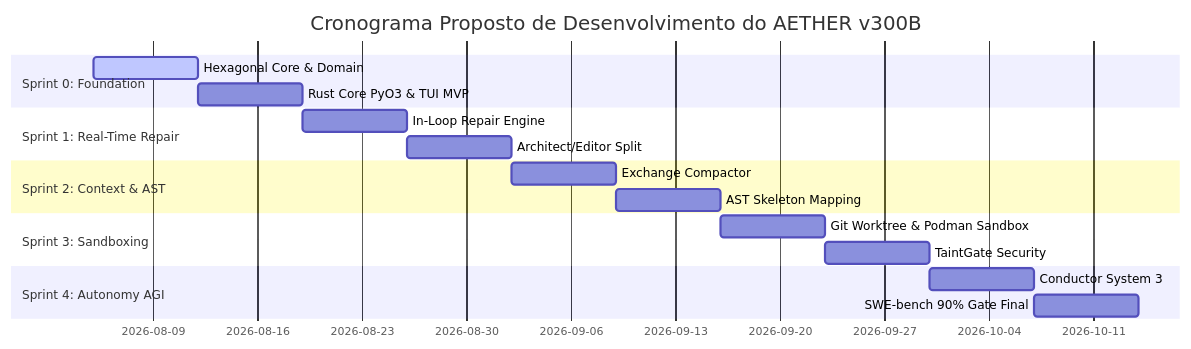
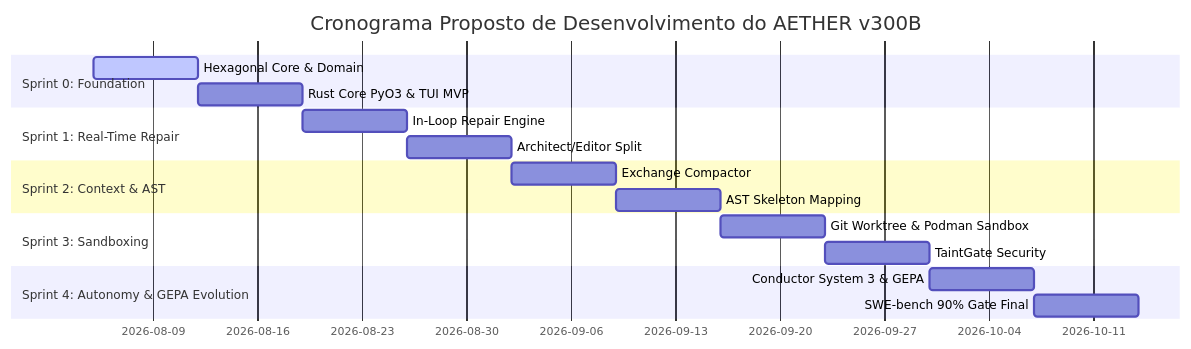
Before and after one commit to brainopensource/Harness-D-power: the first of 2 diagrams in docs/rationale/rewrite_b/rewrite_v300_roadmap_sprints_B.md, drawn with Mermaid. The commit also changed other lines of this file and 8 other files, not shown here.

````diff
--- a/docs/rationale/rewrite_b/rewrite_v300_roadmap_sprints_B.md
+++ b/docs/rationale/rewrite_b/rewrite_v300_roadmap_sprints_B.md
@@ -37,20 +37,20 @@
 ```mermaid
 gantt
     title Cronograma Proposto de Desenvolvimento do AETHER v300B
     dateFormat  YYYY-MM-DD
     section Sprint 0: Foundation
     Hexagonal Core & Domain     :active, s0_1, 2026-08-05, 7d
     Rust Core PyO3 & TUI MVP    :s0_2, after s0_1, 7d
     section Sprint 1: Real-Time Repair
     In-Loop Repair Engine       :s1_1, after s0_2, 7d
     Architect/Editor Split      :s1_2, after s1_1, 7d
     section Sprint 2: Context & AST
     Exchange Compactor          :s2_1, after s1_2, 7d
     AST Skeleton Mapping        :s2_2, after s2_1, 7d
     section Sprint 3: Sandboxing
     Git Worktree & Podman Sandbox:s3_1, after s2_2, 7d
     TaintGate Security          :s3_2, after s3_1, 7d
-    section Sprint 4: Autonomy AGI
-    Conductor System 3          :s4_1, after s3_2, 7d
+    section Sprint 4: Autonomy & GEPA Evolution
+    Conductor System 3 & GEPA   :s4_1, after s3_2, 7d
     SWE-bench 90% Gate Final    :s4_2, after s4_1, 7d
 ```
````
